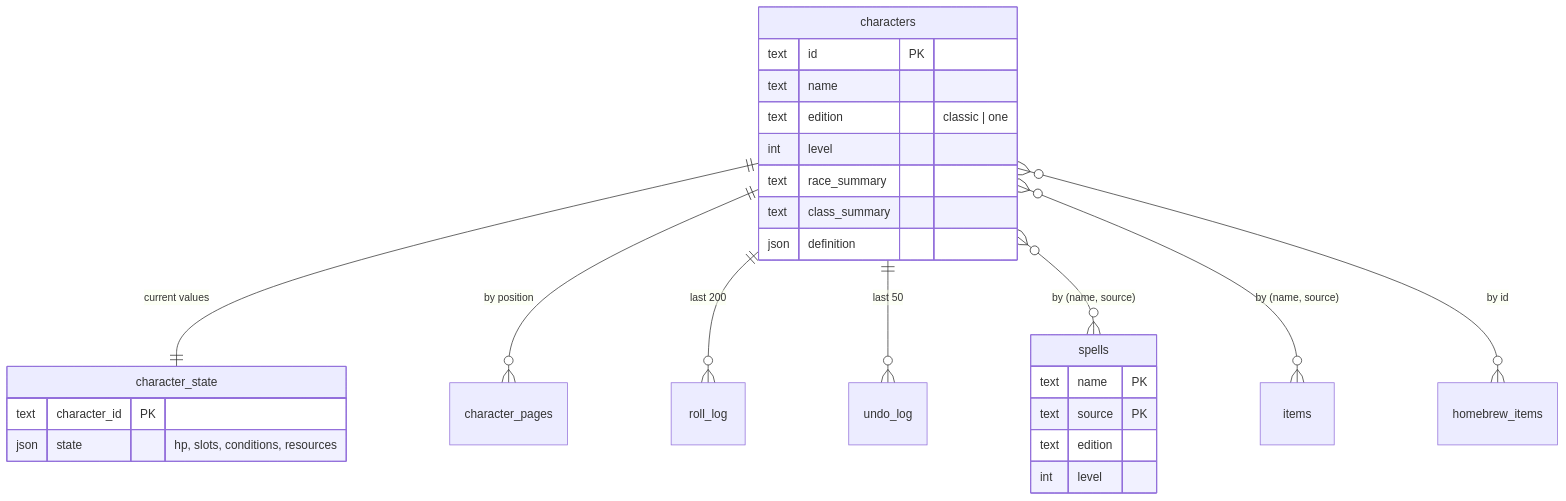
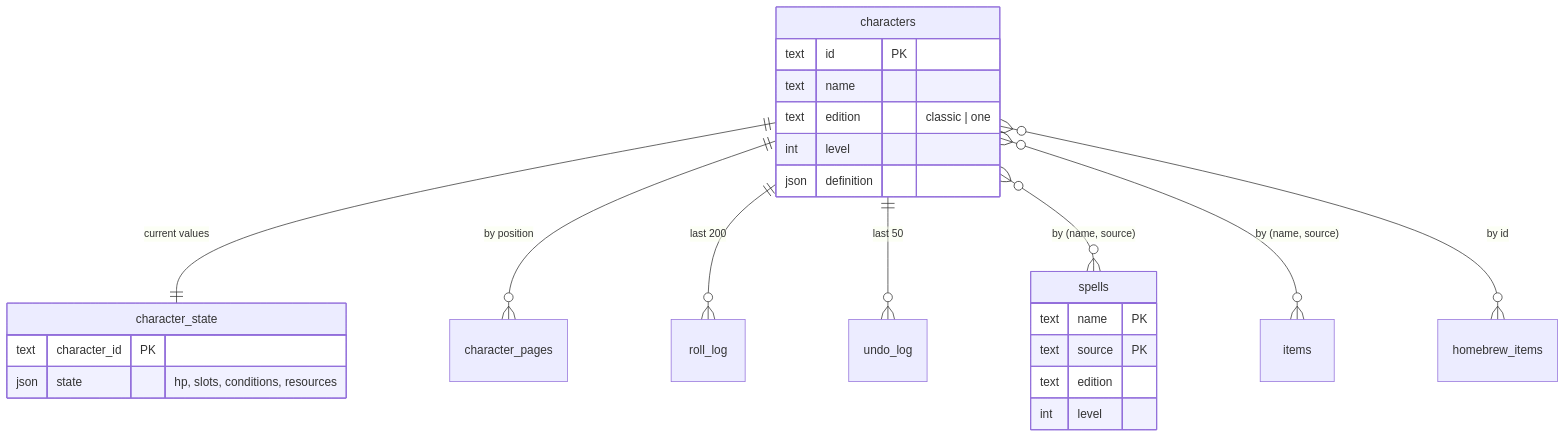
One commit to dean-matt/local-dnd-character-sheet changed the diagram in docs/data-model.md. Above: the diagram before and after it, drawn with Mermaid. The commit also changed other lines of this file and 93 other files, not shown here.

````diff
--- a/docs/data-model.md
+++ b/docs/data-model.md
@@ -12,30 +12,28 @@
 ```mermaid
 erDiagram
     characters ||--|| character_state : "current values"
     characters ||--o{ character_pages : "by position"
     characters ||--o{ roll_log : "last 200"
     characters ||--o{ undo_log : "last 50"
     characters }o--o{ spells : "by (name, source)"
     characters }o--o{ items : "by (name, source)"
     characters }o--o{ homebrew_items : "by id"
 
     characters {
         text id PK
         text name
         text edition "classic | one"
         int  level
-        text race_summary
-        text class_summary
         json definition
     }
     character_state {
         text character_id PK
         json state "hp, slots, conditions, resources"
     }
     spells {
         text name PK
         text source PK
         text edition
         int  level
     }
 ```
````
